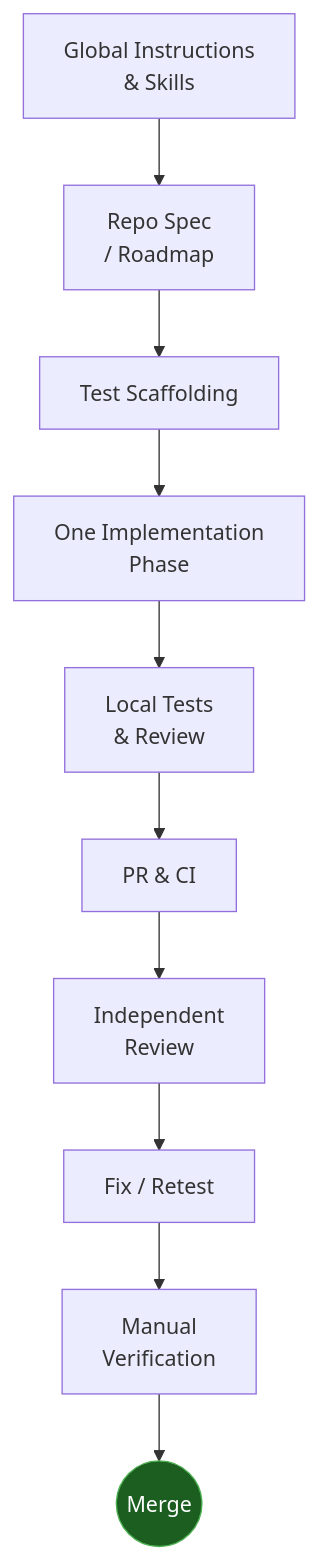
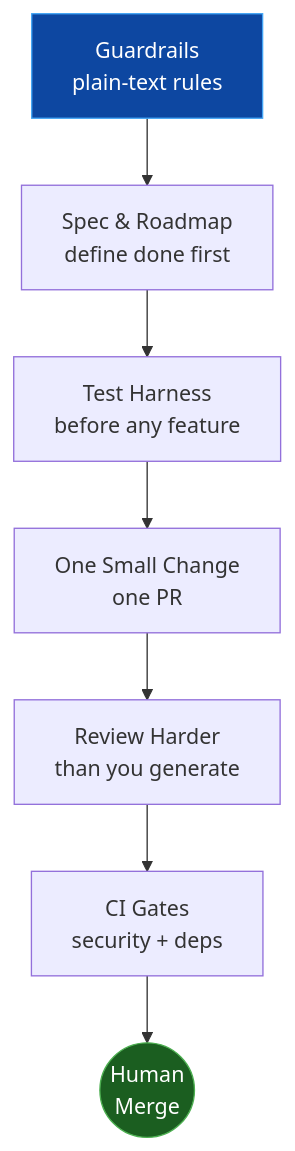
One commit to sdelrio/golden-forest changed the first of 3 diagrams in docs/Develop-Code/AI-Development/Workflows/chris-titus-ai-workflow.md. Above: the diagram before and after it, drawn with Mermaid. The commit also changed other lines of this file, not shown here.

First line of the commit message:
docs(workflows): simplify Titus article for fast review

````diff
--- a/docs/Develop-Code/AI-Development/Workflows/chris-titus-ai-workflow.md
+++ b/docs/Develop-Code/AI-Development/Workflows/chris-titus-ai-workflow.md
@@ -74,14 +17,12 @@
 ```mermaid
 flowchart TD
-    GI["Global Instructions<br/>& Skills"] --> RS["Repo Spec<br/>/ Roadmap"]
-    RS --> TH["Test Scaffolding"]
-    TH --> IP["One Implementation<br/>Phase"]
-    IP --> LT["Local Tests<br/>& Review"]
-    LT --> PR["PR & CI"]
-    PR --> IR["Independent<br/>Review"]
-    IR --> FR["Fix / Retest"]
-    FR --> MV["Manual<br/>Verification"]
-    MV --> MG(("Merge"))
+    G["Guardrails<br/>plain-text rules"] --> S["Spec & Roadmap<br/>define done first"]
+    S --> T["Test Harness<br/>before any feature"]
+    T --> I["One Small Change<br/>one PR"]
+    I --> R["Review Harder<br/>than you generate"]
+    R --> C["CI Gates<br/>security + deps"]
+    C --> H(("Human<br/>Merge"))
 
-    style MG fill:#1b5e20,stroke:#4caf50,color:#fff
+    style H fill:#1b5e20,stroke:#4caf50,color:#fff
+    style G fill:#0d47a1,stroke:#42a5f5,color:#fff
 ```
````
